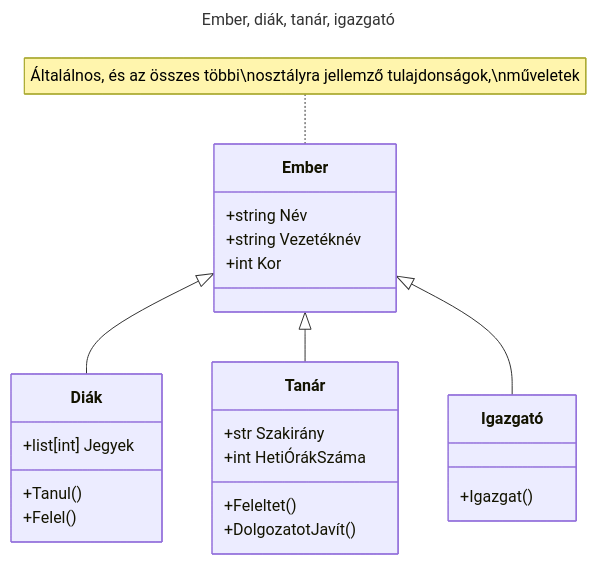
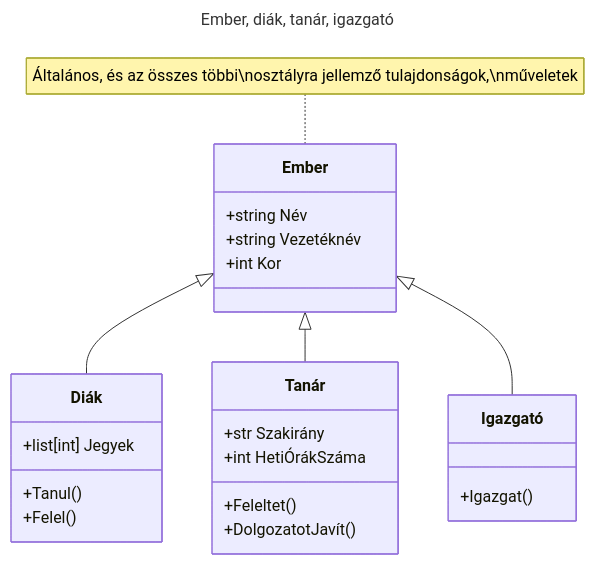
One commit to SpsKnSK/api changed the third of 6 diagrams in Lessons_hu/14_inheritance_polymorphism_hu.md. Above: the diagram before and after it, drawn with Mermaid. The commit also changed other lines of this file and 22 other files, not shown here.

First line of the commit message:
Feature/fixing text adding graphs (#58)

````diff
--- a/Lessons_hu/14_inheritance_polymorphism_hu.md
+++ b/Lessons_hu/14_inheritance_polymorphism_hu.md
@@ -66,31 +66,31 @@
 ```mermaid
 ---
 title: Ember, diák, tanár, igazgató
 ---
 classDiagram
     Ember <|-- Diák
     Ember <|-- Tanár
     Ember <|-- Igazgató
    
-    note for Ember "Általálnos, és az összes többi\nosztályra jellemző tulajdonságok,\nműveletek"
+    note for Ember "Általános, és az összes többi\nosztályra jellemző tulajdonságok,\nműveletek"
     class Ember{
         +string Név
         +string Vezetéknév
         +int Kor
     }
 
     class Diák{
         +list[int] Jegyek
         +Tanul()
         +Felel()
     }
     class Tanár{
         +str Szakirány
         +int HetiÓrákSzáma
         +Feleltet()
         +DolgozatotJavít()
     }
     class Igazgató{
         +Igazgat()
     }
 ```
````
